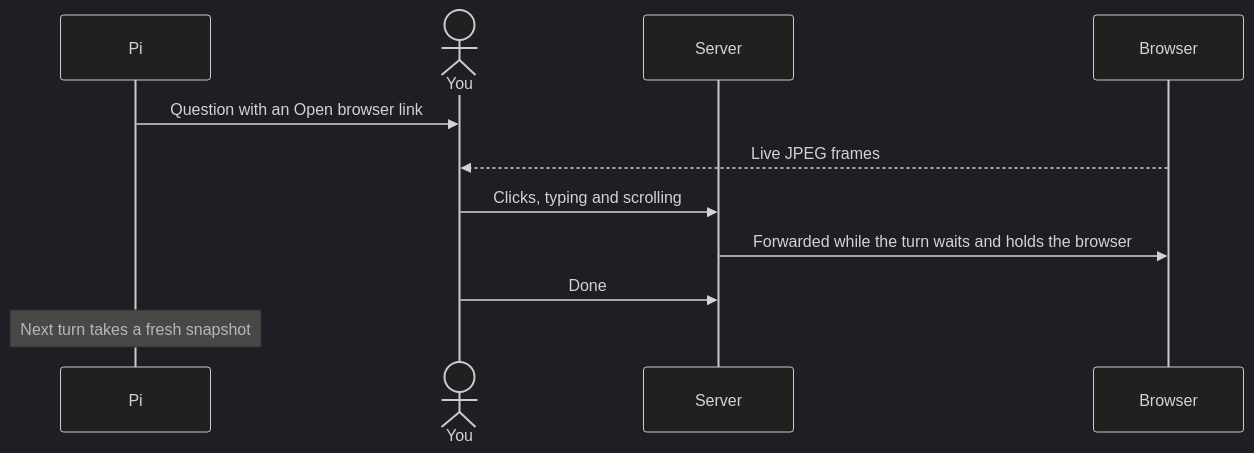
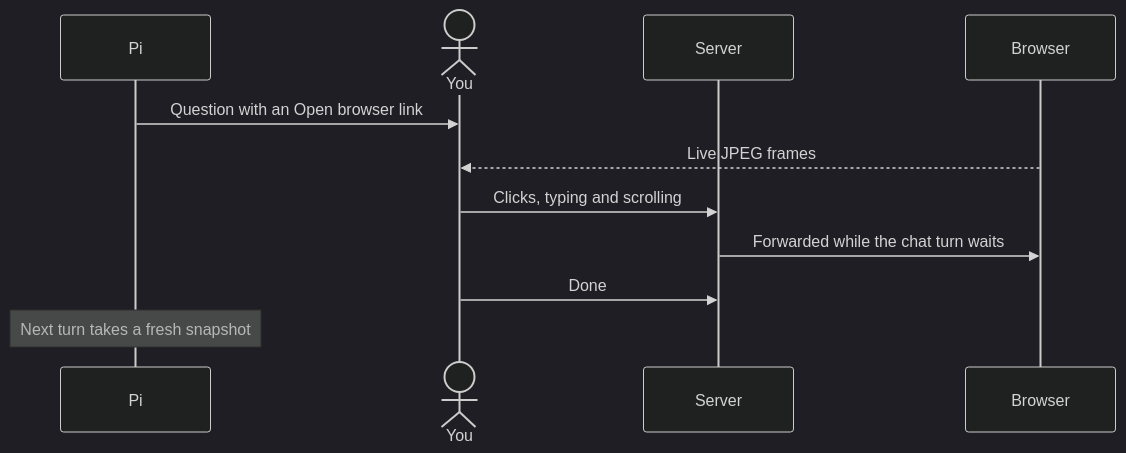
Before and after one commit to KrishBhimani/nod: the second of 2 diagrams in docs/src/content/docs/how-it-works/sandbox-and-browser.md, drawn with Mermaid (dark theme). The commit also changed other lines of this file and 37 other files, not shown here.

````diff
--- a/docs/src/content/docs/how-it-works/sandbox-and-browser.md
+++ b/docs/src/content/docs/how-it-works/sandbox-and-browser.md
@@ -99,13 +99,13 @@
 ```mermaid
 sequenceDiagram
   participant Pi
   actor You
   participant Server
   participant Browser
   Pi->>You: Question with an Open browser link
   Browser-->>You: Live JPEG frames
   You->>Server: Clicks, typing and scrolling
-  Server->>Browser: Forwarded while the turn waits and holds the browser
+  Server->>Browser: Forwarded while the chat turn waits
   You->>Server: Done
   Note over Pi: Next turn takes a fresh snapshot
 ```
````
